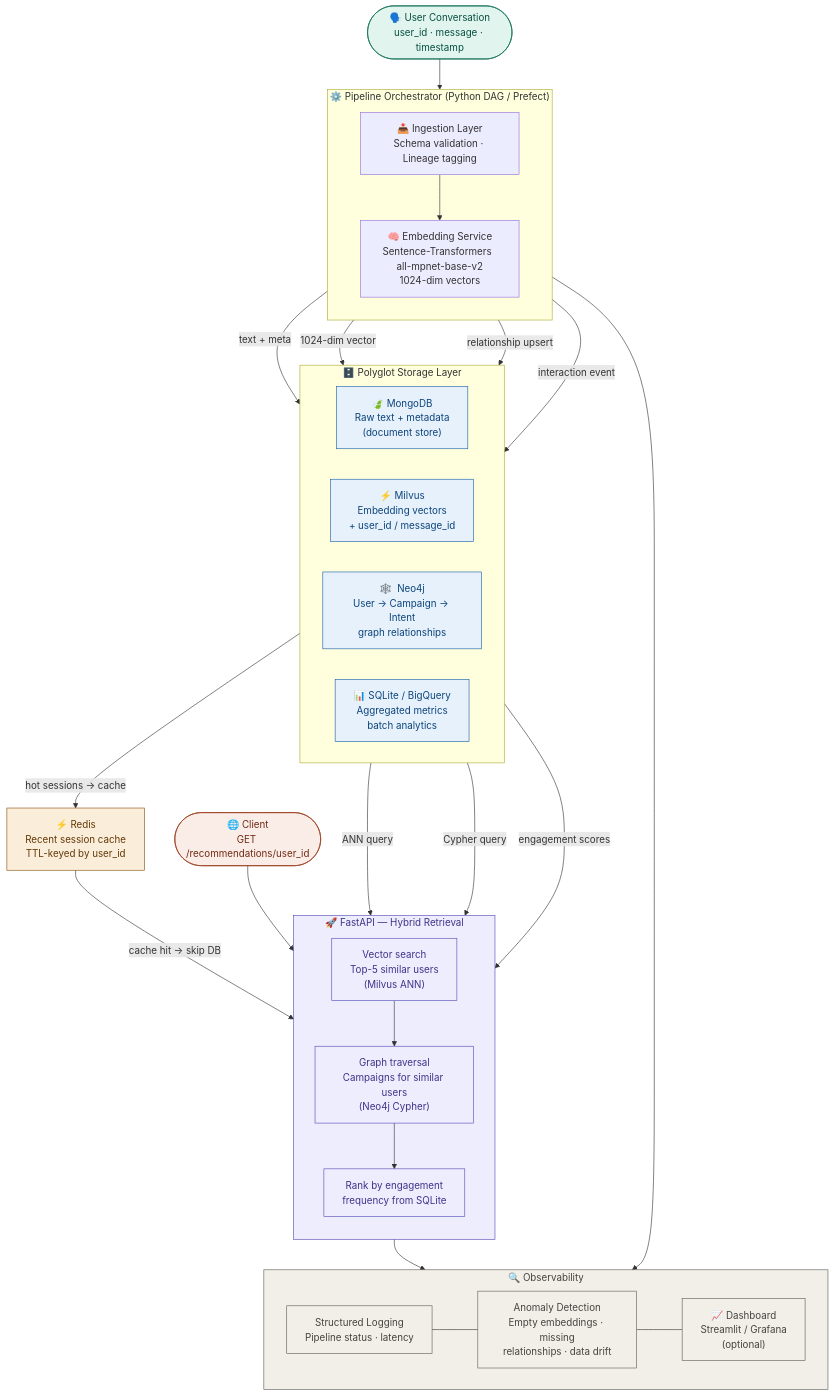
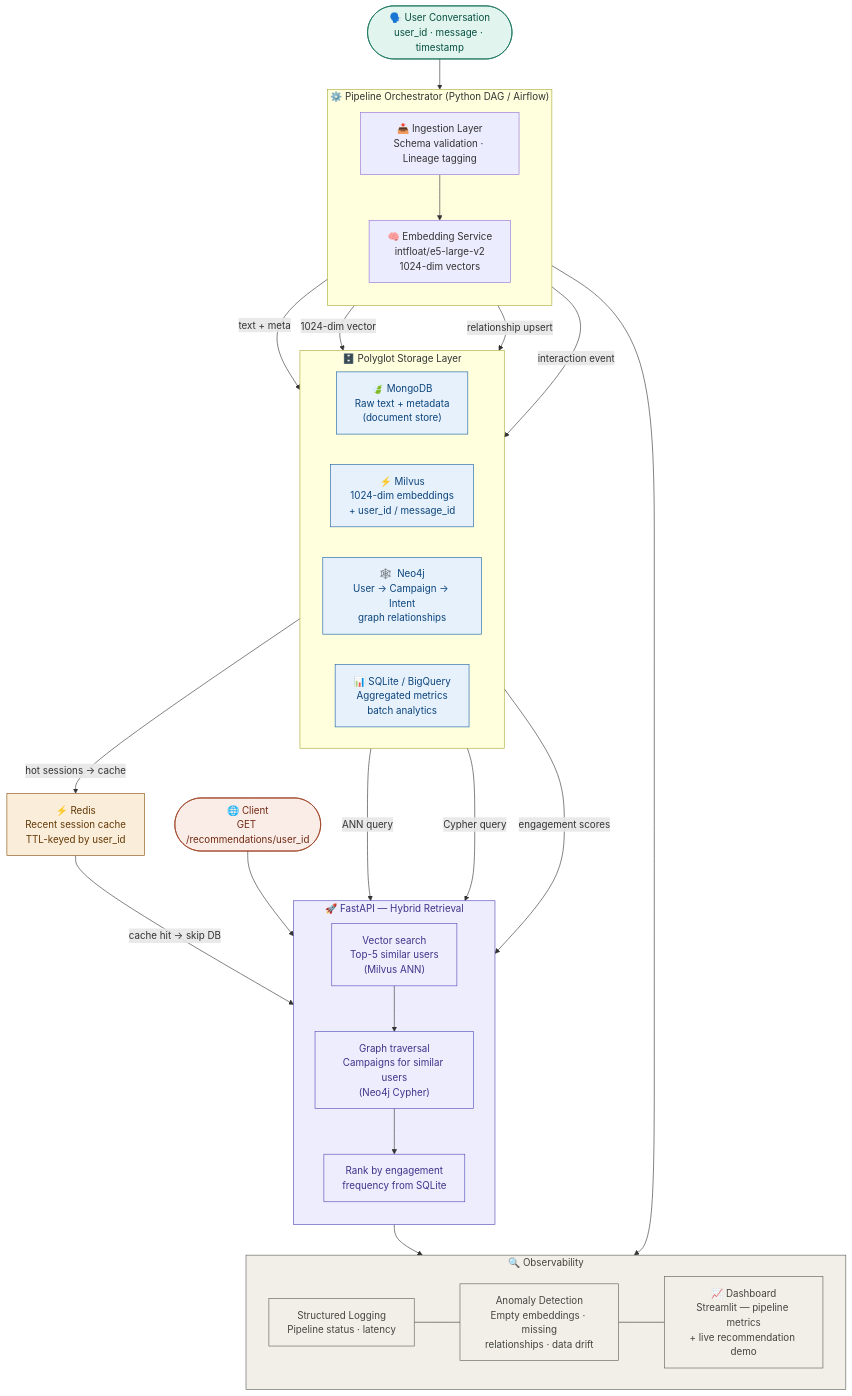
Before and after one commit to killer-baba/marketing-personalisation-platform: the first of 2 diagrams in architecture_diagram.md, drawn with Mermaid. The commit also changed other lines of this file and 5 other files, not shown here.

Commit message:
Fixed architecture_Diagram and added streamlit dashboard for live querying. Added sample airflow DAG File.Fixed Logger script to output log files to lofg folder.

````diff
--- a/architecture_diagram.md
+++ b/architecture_diagram.md
@@ -5,82 +5,82 @@
 ```mermaid
 flowchart TD
     %% ── Ingestion ──────────────────────────────────────────────
     A([🗣️ User Conversation\nuser_id · message · timestamp])
 
     %% ── Orchestration wrapper ──────────────────────────────────
-    subgraph ORCH["⚙️  Pipeline Orchestrator  (Python DAG / Prefect)"]
+    subgraph ORCH["⚙️  Pipeline Orchestrator  (Python DAG / Airflow)"]
         direction TB
 
         B["📥 Ingestion Layer\nSchema validation · Lineage tagging"]
-        C["🧠 Embedding Service\nSentence-Transformers  all-mpnet-base-v2\n1024-dim vectors"]
+        C["🧠 Embedding Service\nintfloat/e5-large-v2\n1024-dim vectors"]
 
         B --> C
     end
 
     A --> B
 
     %% ── Storage fan-out ────────────────────────────────────────
     subgraph STORES["🗄️  Polyglot Storage Layer"]
         direction LR
 
         M["🍃 MongoDB\nRaw text + metadata\n(document store)"]
-        V["⚡ Milvus\nEmbedding vectors\n+ user_id / message_id"]
+        V["⚡ Milvus\n1024-dim embeddings\n+ user_id / message_id"]
         N["🕸️  Neo4j\nUser → Campaign → Intent\ngraph relationships"]
         S["📊 SQLite / BigQuery\nAggregated metrics\nbatch analytics"]
     end
 
     C -->|"text + meta"| M
     C -->|"1024-dim vector"| V
     C -->|"relationship upsert"| N
     C -->|"interaction event"| S
 
     %% ── Cache ──────────────────────────────────────────────────
     R["⚡ Redis\nRecent session cache\nTTL-keyed by user_id"]
 
     M -->|"hot sessions → cache"| R
 
     %% ── Serving API ────────────────────────────────────────────
     subgraph API["🚀  FastAPI — Hybrid Retrieval"]
         direction TB
         E1["Vector search\nTop-5 similar users\n(Milvus ANN)"]
         E2["Graph traversal\nCampaigns for similar users\n(Neo4j Cypher)"]
         E3["Rank by engagement\nfrequency from SQLite"]
         E1 --> E2 --> E3
     end
 
     R  -->|"cache hit → skip DB"| API
     V  -->|"ANN query"| E1
     N  -->|"Cypher query"| E2
     S  -->|"engagement scores"| E3
 
     %% ── Observability ──────────────────────────────────────────
     subgraph OBS["🔍  Observability"]
         direction LR
         L["Structured Logging\nPipeline status · latency"]
         AN["Anomaly Detection\nEmpty embeddings · missing\nrelationships · data drift"]
-        DASH["📈 Dashboard\nStreamlit / Grafana\n(optional)"]
+        DASH["📈 Dashboard\nStreamlit — pipeline metrics\n+ live recommendation demo"]
         L --- AN --- DASH
     end
 
     ORCH --> OBS
     API  --> OBS
 
     %% ── Client ─────────────────────────────────────────────────
     F([🌐 Client\nGET /recommendations/user_id])
     F --> API
 
     %% ── Styling ────────────────────────────────────────────────
     classDef source  fill:#E1F5EE,stroke:#0F6E56,color:#085041
     classDef store   fill:#E6F1FB,stroke:#185FA5,color:#0C447C
     classDef cache   fill:#FAEEDA,stroke:#854F0B,color:#633806
     classDef api     fill:#EEEDFE,stroke:#534AB7,color:#3C3489
     classDef obs     fill:#F1EFE8,stroke:#5F5E5A,color:#444441
     classDef client  fill:#FAECE7,stroke:#993C1D,color:#712B13
 
     class A source
     class M,V,N,S store
     class R cache
     class API,E1,E2,E3 api
     class OBS,L,AN,DASH obs
     class F client
 ```
````
